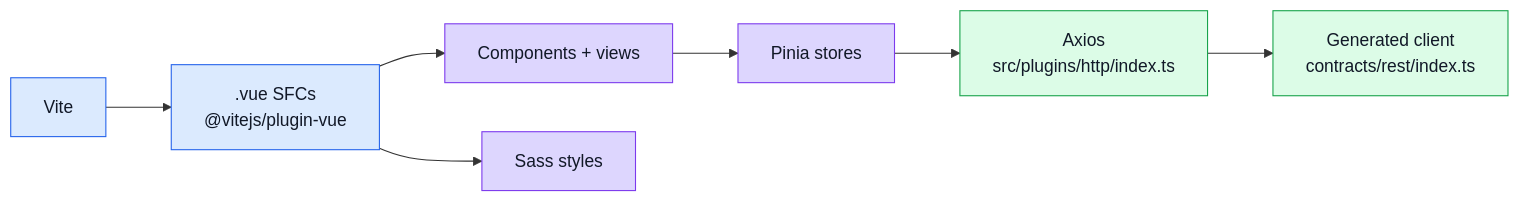
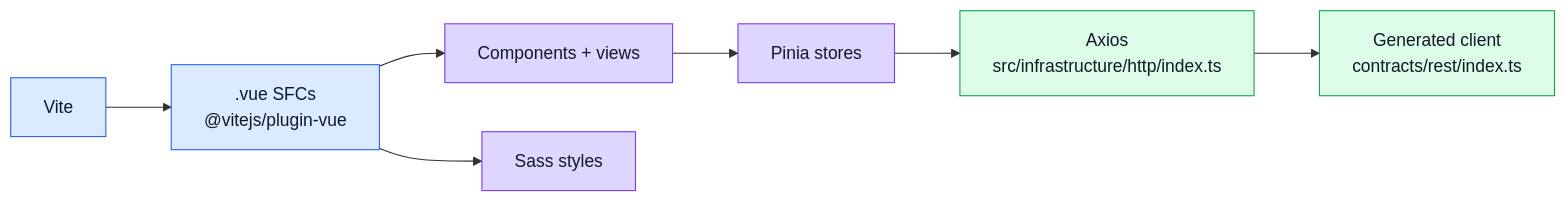
One commit to Guebbit/boilerplate-vue-frontend changed the diagram in docs/tools/runtime.md. Above: the diagram before and after it, drawn with Mermaid. The commit also changed other lines of this file and 385 other files, not shown here.

First line of the commit message:
feat!: 2.0.0 — modular architecture, tiered substrate, contracts as backend output

````diff
--- a/docs/tools/runtime.md
+++ b/docs/tools/runtime.md
@@ -18,17 +18,17 @@
 ```mermaid
 %%{init: {'flowchart': {'nodeSpacing': 45, 'rankSpacing': 60}}}%%
 flowchart LR
     Vite --> SFC[".vue SFCs\n@vitejs/plugin-vue"]
     SFC --> Components[Components + views]
     SFC --> Styles[Sass styles]
     Components --> Pinia[Pinia stores]
-    Pinia --> Axios[Axios\nsrc/plugins/http/index.ts]
+    Pinia --> Axios[Axios\nsrc/infrastructure/http/index.ts]
     Axios --> API[Generated client\ncontracts/rest/index.ts]
 
     classDef build fill:#dbeafe,stroke:#2563eb,color:#111827;
     classDef app fill:#ddd6fe,stroke:#7c3aed,color:#111827;
     classDef http fill:#dcfce7,stroke:#16a34a,color:#111827;
     class Vite,SFC build;
     class Components,Styles,Pinia app;
     class Axios,API http;
 ```
````
